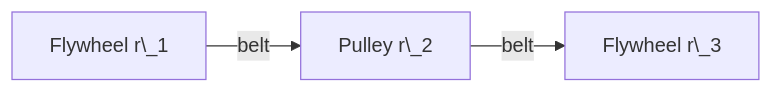
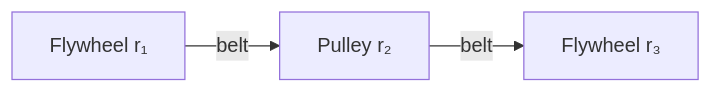
One commit to futuroptimist/flywheel changed the sixth of 6 diagrams in docs/flywheel-physics.md. Above: the diagram before and after it, drawn with Mermaid. The commit also changed other lines of this file and 3 other files, not shown here.

First line of the commit message:
📝 docs: validate mermaid diagrams

````diff
--- a/docs/flywheel-physics.md
+++ b/docs/flywheel-physics.md
@@ -275,5 +275,5 @@
 ```mermaid
 graph LR
-    A[Flywheel r\_1] -- belt --> B[Pulley r\_2]
-    B -- belt --> C[Flywheel r\_3]
+    A[Flywheel r₁] -- belt --> B[Pulley r₂]
+    B -- belt --> C[Flywheel r₃]
 ```
````
